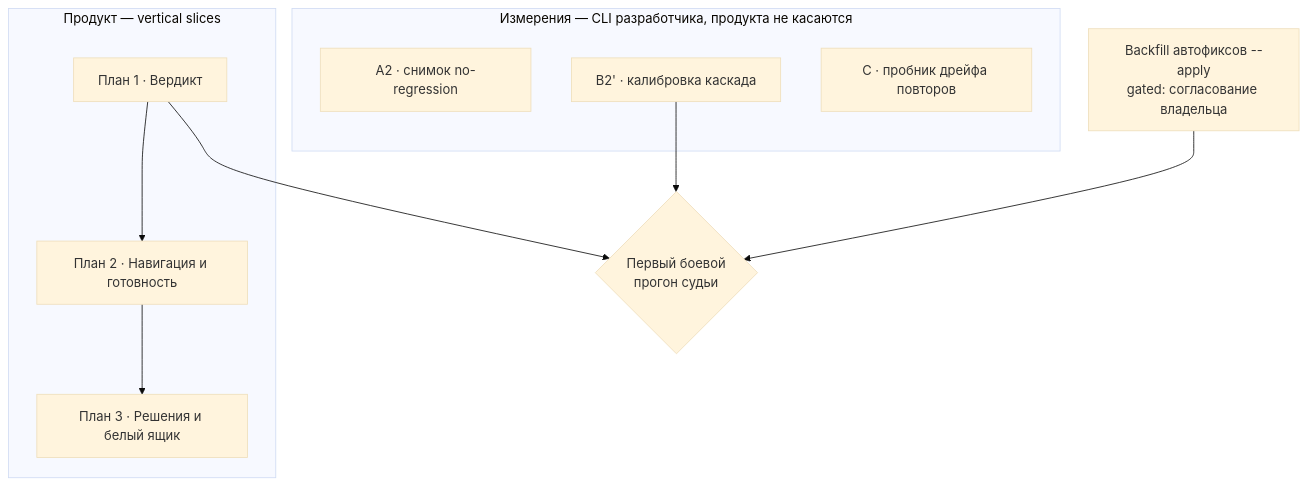
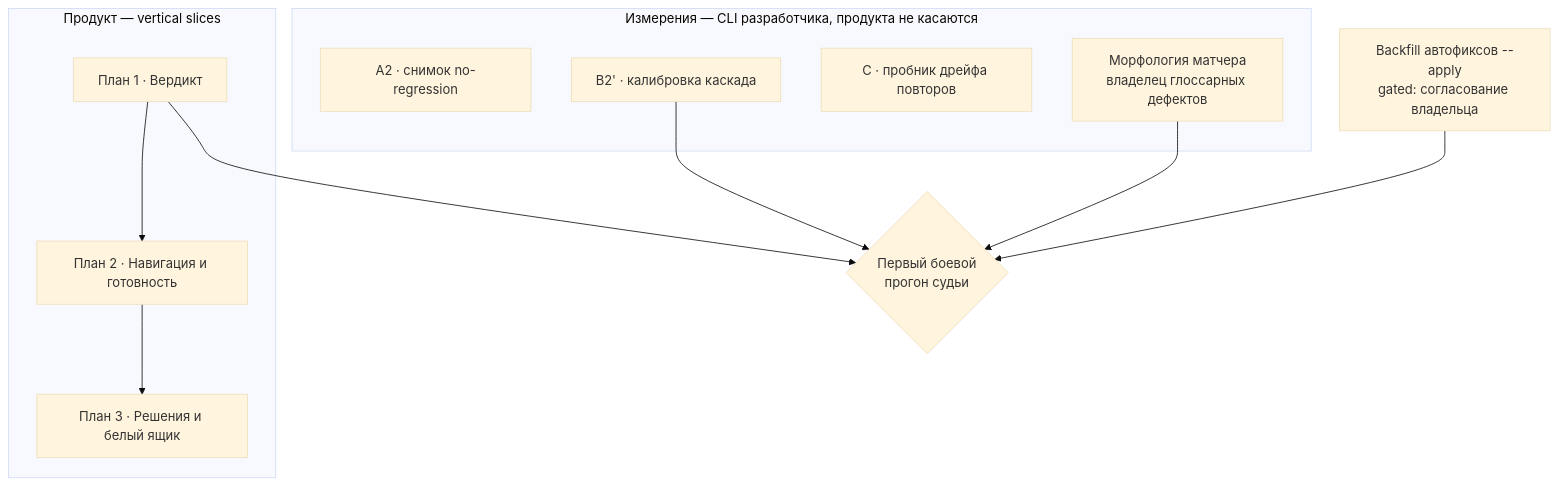
Before and after one commit to v9833078908/weblate-HC: the second of 2 diagrams in docs/LLM-first/2026-08-13-judge-native-ui-design.md, drawn with Mermaid (base theme). The commit also changed other lines of this file and 1 other file, not shown here.

````diff
--- a/docs/LLM-first/2026-08-13-judge-native-ui-design.md
+++ b/docs/LLM-first/2026-08-13-judge-native-ui-design.md
@@ -464,18 +464,20 @@
 ```mermaid
 flowchart TD
   subgraph M["Измерения — CLI разработчика, продукта не касаются"]
     A2["A2 · снимок no-regression"]
     B2["B2' · калибровка каскада"]
     C["C · пробник дрейфа повторов"]
+    MORPH["Морфология матчера<br/>владелец глоссарных дефектов"]
   end
   subgraph P["Продукт — vertical slices"]
     P1["План 1 · Вердикт"]
     P2["План 2 · Навигация и готовность"]
     P3["План 3 · Решения и белый ящик"]
   end
   BF["Backfill автофиксов --apply<br/>gated: согласование владельца"]
   P1 --> P2 --> P3
   B2 --> GATE{"Первый боевой<br/>прогон судьи"}
+  MORPH --> GATE
   BF --> GATE
   P1 --> GATE
 ```
````
